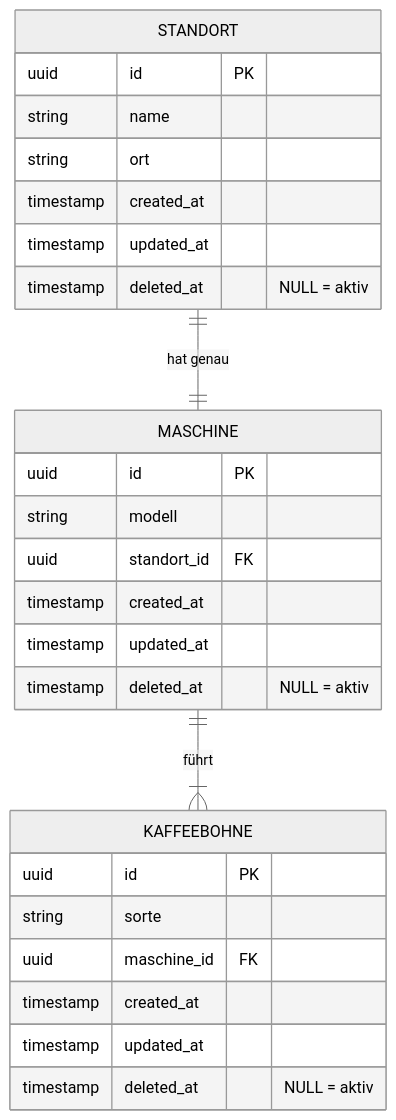
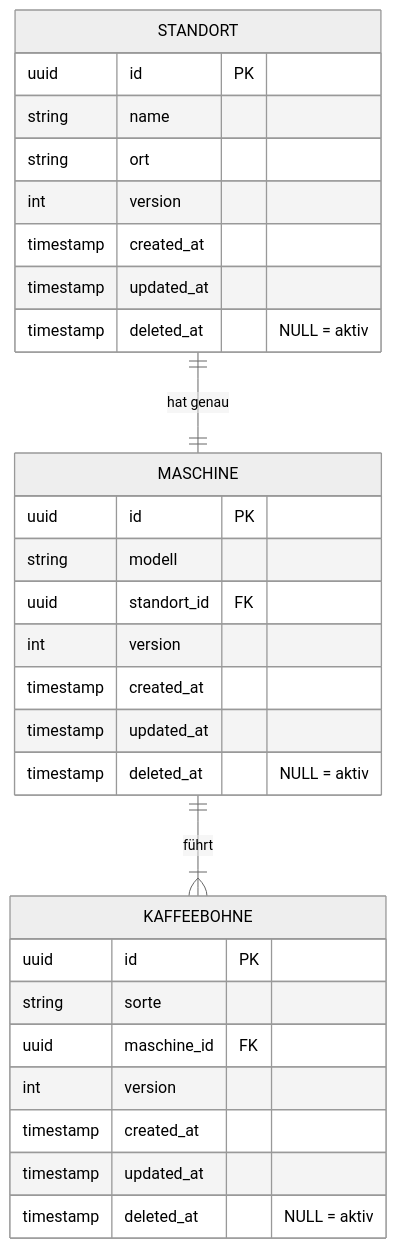
One commit to jkobh/python-api changed the diagram in README.md. Above: the diagram before and after it, drawn with Mermaid (neutral theme). The commit also changed other lines of this file, not shown here.

Commit message:
docs: README um version, Endpunkte und Testdatenbank ergänzt

````diff
--- a/README.md
+++ b/README.md
@@ -7,30 +7,33 @@
 ```mermaid
 erDiagram
     STANDORT ||--|| MASCHINE : "hat genau"
     MASCHINE ||--|{ KAFFEEBOHNE : "führt"
 
     STANDORT {
         uuid id PK
         string name
         string ort
+        int version
         timestamp created_at
         timestamp updated_at
         timestamp deleted_at "NULL = aktiv"
     }
     MASCHINE {
         uuid id PK
         string modell
         uuid standort_id FK
+        int version
         timestamp created_at
         timestamp updated_at
         timestamp deleted_at "NULL = aktiv"
     }
     KAFFEEBOHNE {
         uuid id PK
         string sorte
         uuid maschine_id FK
+        int version
         timestamp created_at
         timestamp updated_at
         timestamp deleted_at "NULL = aktiv"
     }
 ```
````
